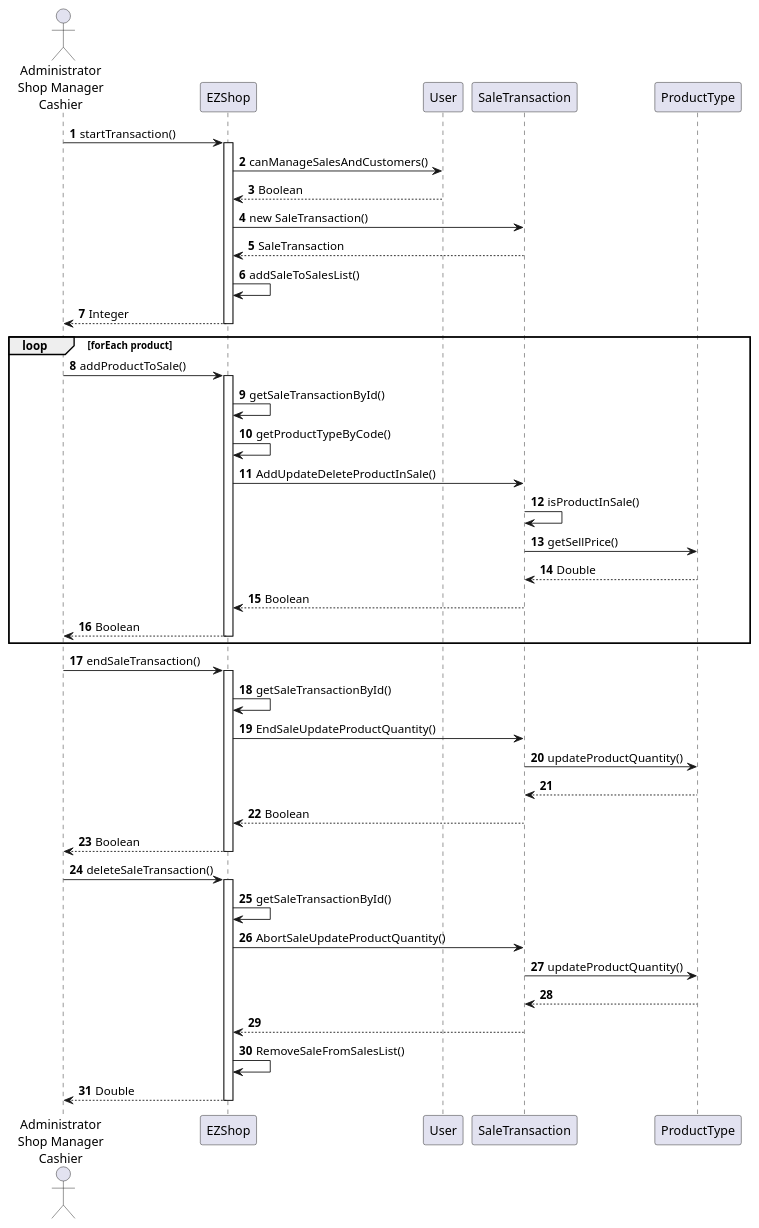
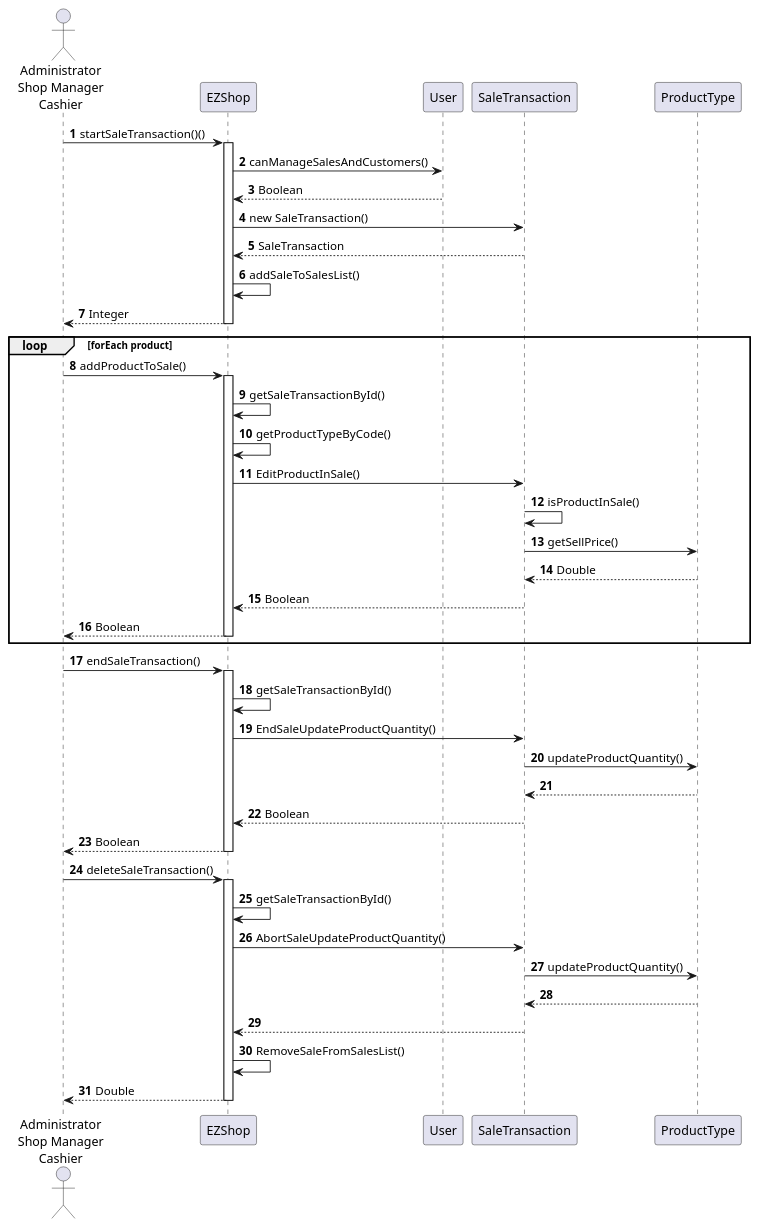
Before and after one commit to gioele-scaletta/EZShop-Software-Engineering-Project: diagram 16 of 20 in Deliverables/DesignDocument.md, drawn with PlantUML. The commit also changed other lines of this file, not shown here.

````diff
--- a/Deliverables/DesignDocument.md
+++ b/Deliverables/DesignDocument.md
@@ -611,57 +604,57 @@
 ```plantuml
 actor "Administrator\nShop Manager\nCashier" as user
 
 autonumber
 
-user -> EZShop : startTransaction()
+user -> EZShop : startSaleTransaction()()
 activate  EZShop
 EZShop -> User : canManageSalesAndCustomers()
 EZShop <-- User : Boolean
 EZShop -> SaleTransaction : new SaleTransaction()
 EZShop <-- SaleTransaction : SaleTransaction
 EZShop -> EZShop : addSaleToSalesList()
 user <-- EZShop : Integer
 deactivate EZShop
 
 loop forEach product
     user -> EZShop : addProductToSale()
     activate  EZShop
     'EZShop -> User : canManageSalesAndCustomers()
     'EZShop <-- User : Boolean
     EZShop -> EZShop : getSaleTransactionById()
     EZShop-> EZShop : getProductTypeByCode()
-    EZShop -> SaleTransaction : AddUpdateDeleteProductInSale()
+    EZShop -> SaleTransaction : EditProductInSale()
     SaleTransaction -> SaleTransaction : isProductInSale()
     SaleTransaction -> ProductType : getSellPrice()
     SaleTransaction <-- ProductType : Double
     EZShop <-- SaleTransaction : Boolean
     user <-- EZShop : Boolean
     deactivate EZShop
 end
 
 user -> EZShop : endSaleTransaction()
 activate  EZShop
 'EZShop -> User : canManageSalesAndCustomers()
 'EZShop <-- User : Boolean
 EZShop -> EZShop : getSaleTransactionById()
 EZShop -> SaleTransaction : EndSaleUpdateProductQuantity()
 SaleTransaction -> ProductType : updateProductQuantity()
 SaleTransaction <-- ProductType 
 EZShop <-- SaleTransaction : Boolean
 user <-- EZShop : Boolean
 deactivate EZShop
 
 user -> EZShop : deleteSaleTransaction()
 activate  EZShop
 'EZShop -> User : canManageSalesAndCustomers()
 'EZShop <-- User : Boolean
 EZShop -> EZShop : getSaleTransactionById()
 EZShop -> SaleTransaction : AbortSaleUpdateProductQuantity()
 SaleTransaction -> ProductType : updateProductQuantity()
 SaleTransaction <-- ProductType 
 EZShop <-- SaleTransaction 
 EZShop->EZShop : RemoveSaleFromSalesList()
 user <-- EZShop : Double
 deactivate EZShop
 
 ```
````
